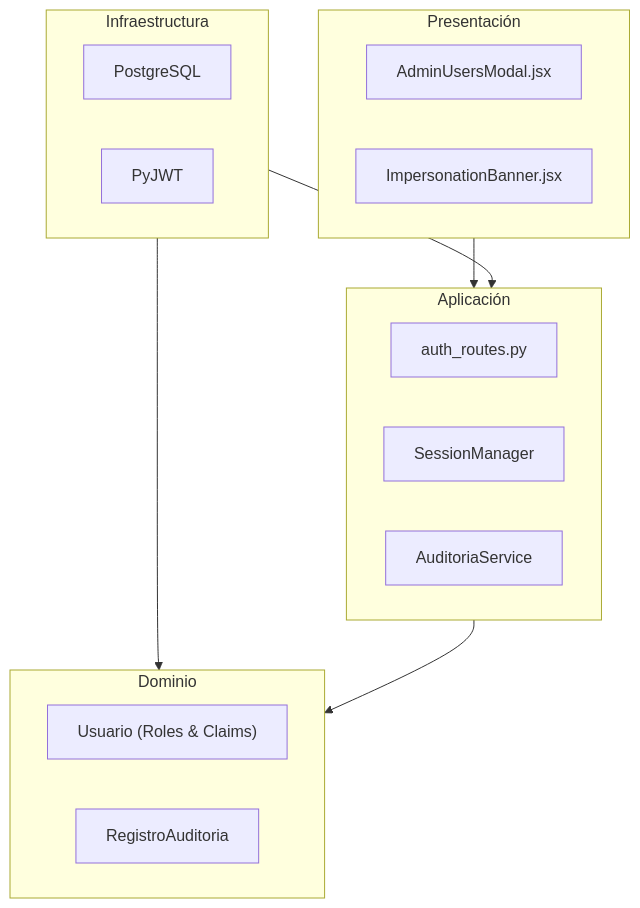
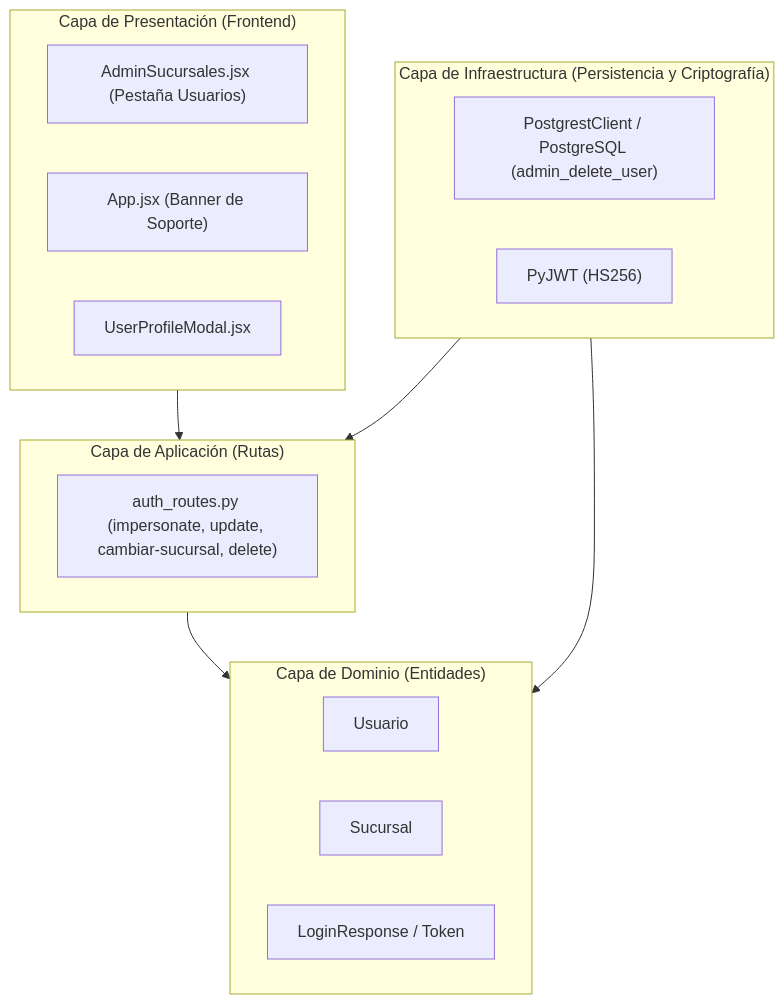
Before and after one commit to Tsmrain/JiuJitsu: the diagram in docs/diagramas/codigo/cu10_paquetes.mmd, drawn with Mermaid. The commit also changed 86 other files, not shown here.

Commit message:
docs: actualizar ProyectoGrado bajo ICONIX con diagramas Mermaid, Cap IX y CV, y sincronizar cambios recientes

```diff
--- a/docs/diagramas/codigo/cu10_paquetes.mmd
+++ b/docs/diagramas/codigo/cu10_paquetes.mmd
@@ -1,23 +1,26 @@
 graph TD
-    subgraph Presentacion ["Presentación"]
-        AdminModal["AdminUsersModal.jsx"]
-        ImpBanner["ImpersonationBanner.jsx"]
+    subgraph Presentacion ["Capa de Presentación (Frontend)"]
+        P_Admin["AdminSucursales.jsx (Pestaña Usuarios)"]
+        P_App["App.jsx (Banner de Soporte)"]
+        P_Prof["UserProfileModal.jsx"]
     end
-    subgraph Aplicacion ["Aplicación"]
-        AuthRoutes["auth_routes.py"]
-        SessionMgr["SessionManager"]
-        AuditSvc["AuditoriaService"]
+
+    subgraph Aplicacion ["Capa de Aplicación (Rutas)"]
+        A_Auth["auth_routes.py (impersonate, update, cambiar-sucursal, delete)"]
     end
-    subgraph Dominio ["Dominio"]
-        EntUser["Usuario (Roles & Claims)"]
-        EntAudit["RegistroAuditoria"]
+
+    subgraph Dominio ["Capa de Dominio (Entidades)"]
+        D_User["Usuario"]
+        D_Suc["Sucursal"]
+        D_Resp["LoginResponse / Token"]
     end
-    subgraph Infraestructura ["Infraestructura"]
-        Postgres["PostgreSQL"]
-        Crypto["PyJWT"]
+
+    subgraph Infraestructura ["Capa de Infraestructura (Persistencia y Criptografía)"]
+        I_PG["PostgrestClient / PostgreSQL (admin_delete_user)"]
+        I_JWT["PyJWT (HS256)"]
     end
 
     Presentacion --> Aplicacion
+    Aplicacion --> Dominio
     Infraestructura --> Aplicacion
     Infraestructura --> Dominio
-    Aplicacion --> Dominio
```
